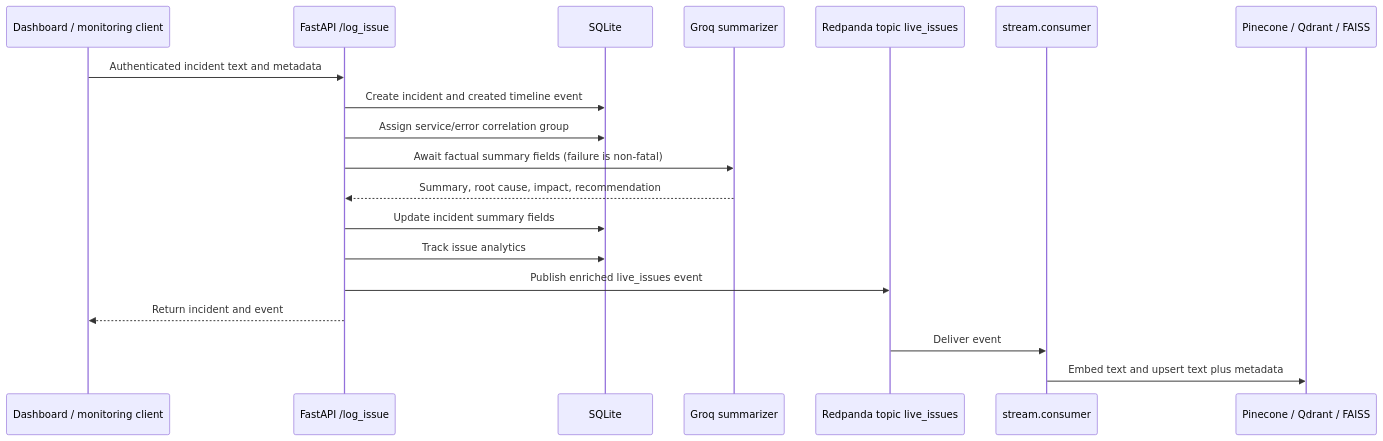
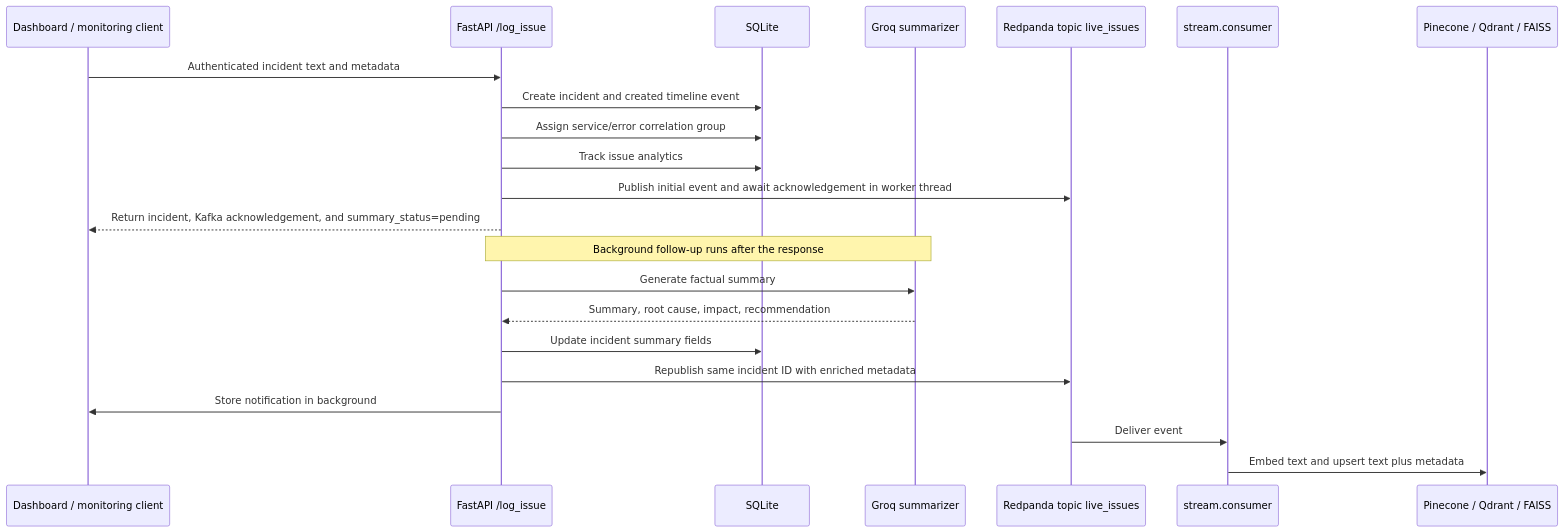
Before and after one commit to krishshah122/RealTimerag: the third of 3 diagrams in docs/retrieval.md, drawn with Mermaid. The commit also changed other lines of this file and 3 other files, not shown here.

````diff
--- a/docs/retrieval.md
+++ b/docs/retrieval.md
@@ -286,22 +287,25 @@
 ```mermaid
 sequenceDiagram
     participant Client as Dashboard / monitoring client
     participant API as FastAPI /log_issue
     participant DB as SQLite
     participant LLM as Groq summarizer
     participant Broker as Redpanda topic live_issues
     participant Worker as stream.consumer
     participant Store as Pinecone / Qdrant / FAISS
 
     Client->>API: Authenticated incident text and metadata
     API->>DB: Create incident and created timeline event
     API->>DB: Assign service/error correlation group
-    API->>LLM: Await factual summary fields (failure is non-fatal)
+    API->>DB: Track issue analytics
+    API->>Broker: Publish initial event and await acknowledgement in worker thread
+    API-->>Client: Return incident, Kafka acknowledgement, and summary_status=pending
+    Note over API,LLM: Background follow-up runs after the response
+    API->>LLM: Generate factual summary
     LLM-->>API: Summary, root cause, impact, recommendation
     API->>DB: Update incident summary fields
-    API->>DB: Track issue analytics
-    API->>Broker: Publish enriched live_issues event
-    API-->>Client: Return incident and event
+    API->>Broker: Republish same incident ID with enriched metadata
+    API->>Client: Store notification in background
     Broker->>Worker: Deliver event
     Worker->>Store: Embed text and upsert text plus metadata
 ```
````
